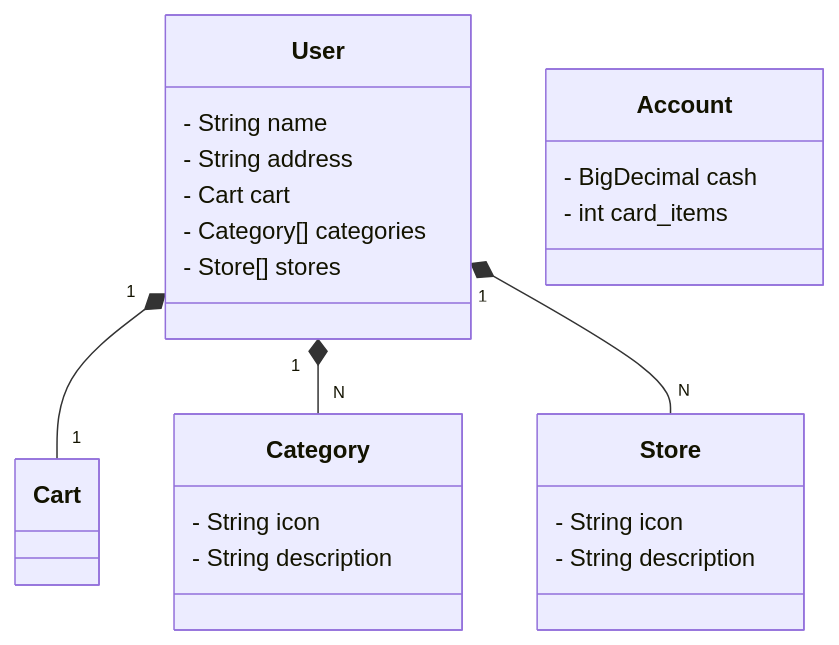
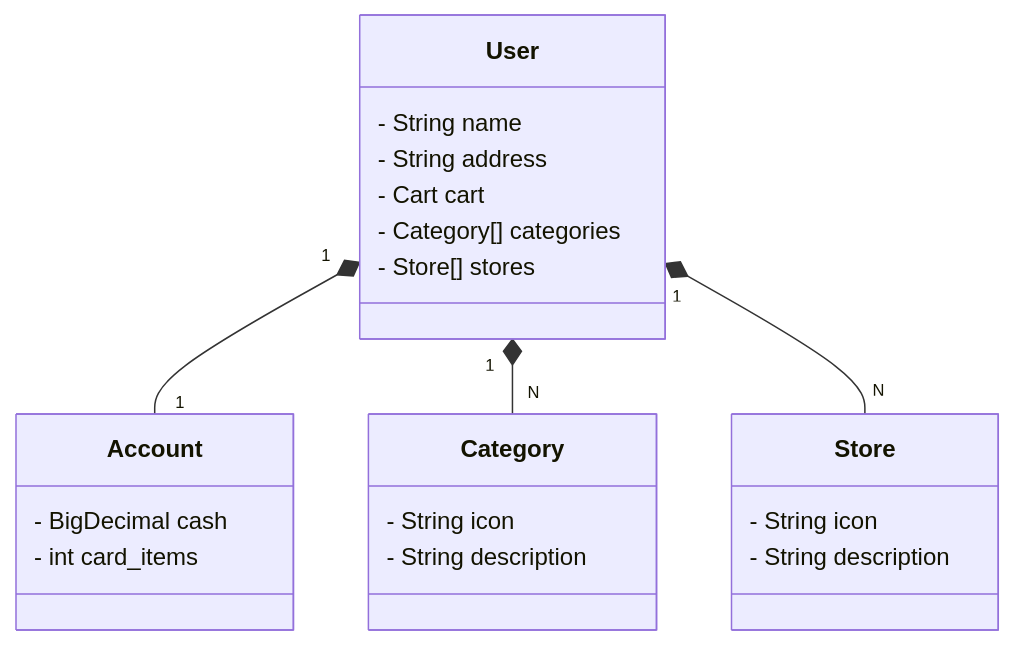
One commit to Pedro-Jordao/dev-week-2023-api-baseada-no-exemplo changed the diagram in README.md. Above: the diagram before and after it, drawn with Mermaid.

Commit message:
Update README.md
changed the cardinals between User -- Cart to User -- Account (following the last README.md commit and correcting an error

````diff
--- a/README.md
+++ b/README.md
@@ -2,30 +2,30 @@
 ```mermaid
 classDiagram
     class User {
         - String name
         - String address
         - Cart cart
         - Category[] categories
         - Store[] stores
     }
 
     class Account {
         - BigDecimal cash
         - int card_items
     }
 
     class Category {
         - String icon
         - String description
     }
 
 
     class Store {
         - String icon
         - String description
     }
 
-    User "1" *-- "1" Cart
+    User "1" *-- "1" Account
     User "1" *-- "N" Category 
     User "1" *-- "N" Store 
 ```
````
